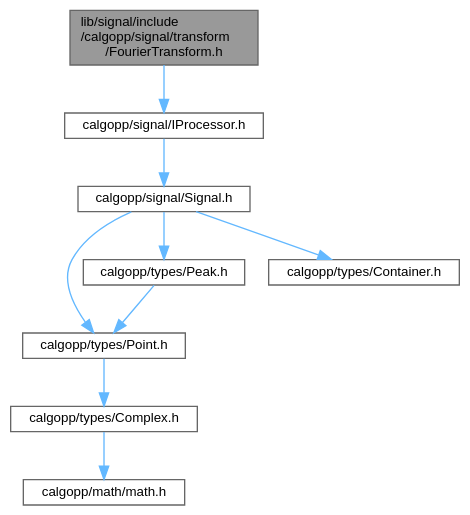
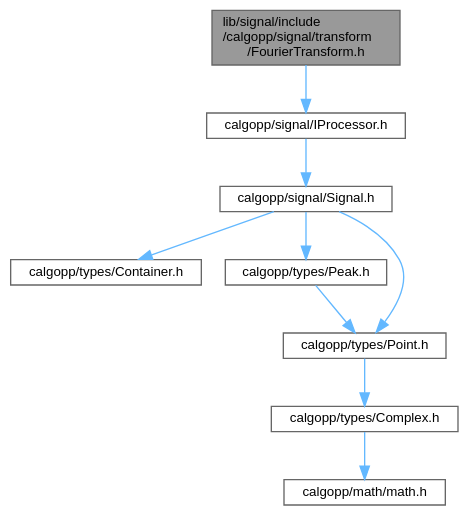
Before and after one commit to pawelekg95/algopp: the diagram in FourierTransform_8h__incl.dot, drawn with Graphviz. The commit also changed 63 other files, not shown here.

```diff
--- a/FourierTransform_8h__incl.dot
+++ b/FourierTransform_8h__incl.dot
@@ -1,23 +1,23 @@
 digraph "lib/signal/include/calgopp/signal/transform/FourierTransform.h"
 {
  // LATEX_PDF_SIZE
   bgcolor="transparent";
   edge [fontname=Helvetica,fontsize=10,labelfontname=Helvetica,labelfontsize=10];
   node [fontname=Helvetica,fontsize=10,shape=box,height=0.2,width=0.4];
   Node1 [label="lib/signal/include\l/calgopp/signal/transform\l/FourierTransform.h",height=0.2,width=0.4,color="gray40", fillcolor="grey60", style="filled", fontcolor="black",tooltip=" "];
   Node1 -> Node2 [color="steelblue1",style="solid"];
   Node2 [label="calgopp/signal/IProcessor.h",height=0.2,width=0.4,color="grey40", fillcolor="white", style="filled",URL="$IProcessor_8h.html",tooltip=" "];
   Node2 -> Node3 [color="steelblue1",style="solid"];
   Node3 [label="calgopp/signal/Signal.h",height=0.2,width=0.4,color="grey40", fillcolor="white", style="filled",URL="$Signal_8h.html",tooltip=" "];
   Node3 -> Node4 [color="steelblue1",style="solid"];
-  Node4 [label="calgopp/types/Point.h",height=0.2,width=0.4,color="grey40", fillcolor="white", style="filled",URL="$Point_8h.html",tooltip=" "];
-  Node4 -> Node5 [color="steelblue1",style="solid"];
-  Node5 [label="calgopp/types/Complex.h",height=0.2,width=0.4,color="grey40", fillcolor="white", style="filled",URL="$Complex_8h.html",tooltip=" "];
+  Node4 [label="calgopp/types/Container.h",height=0.2,width=0.4,color="grey40", fillcolor="white", style="filled",URL="$Container_8h.html",tooltip=" "];
+  Node3 -> Node5 [color="steelblue1",style="solid"];
+  Node5 [label="calgopp/types/Peak.h",height=0.2,width=0.4,color="grey40", fillcolor="white", style="filled",URL="$Peak_8h.html",tooltip=" "];
   Node5 -> Node6 [color="steelblue1",style="solid"];
-  Node6 [label="calgopp/math/math.h",height=0.2,width=0.4,color="grey40", fillcolor="white", style="filled",URL="$math_8h.html",tooltip=" "];
-  Node3 -> Node7 [color="steelblue1",style="solid"];
-  Node7 [label="calgopp/types/Peak.h",height=0.2,width=0.4,color="grey40", fillcolor="white", style="filled",URL="$Peak_8h.html",tooltip=" "];
-  Node7 -> Node4 [color="steelblue1",style="solid"];
-  Node3 -> Node8 [color="steelblue1",style="solid"];
-  Node8 [label="calgopp/types/Container.h",height=0.2,width=0.4,color="grey40", fillcolor="white", style="filled",URL="$Container_8h.html",tooltip=" "];
+  Node6 [label="calgopp/types/Point.h",height=0.2,width=0.4,color="grey40", fillcolor="white", style="filled",URL="$Point_8h.html",tooltip=" "];
+  Node6 -> Node7 [color="steelblue1",style="solid"];
+  Node7 [label="calgopp/types/Complex.h",height=0.2,width=0.4,color="grey40", fillcolor="white", style="filled",URL="$Complex_8h.html",tooltip=" "];
+  Node7 -> Node8 [color="steelblue1",style="solid"];
+  Node8 [label="calgopp/math/math.h",height=0.2,width=0.4,color="grey40", fillcolor="white", style="filled",URL="$math_8h.html",tooltip=" "];
+  Node3 -> Node6 [color="steelblue1",style="solid"];
 }
```
